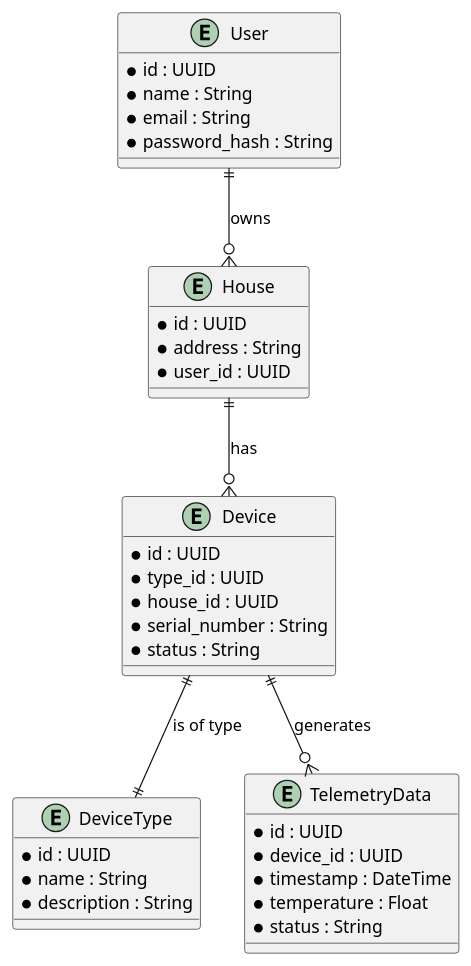
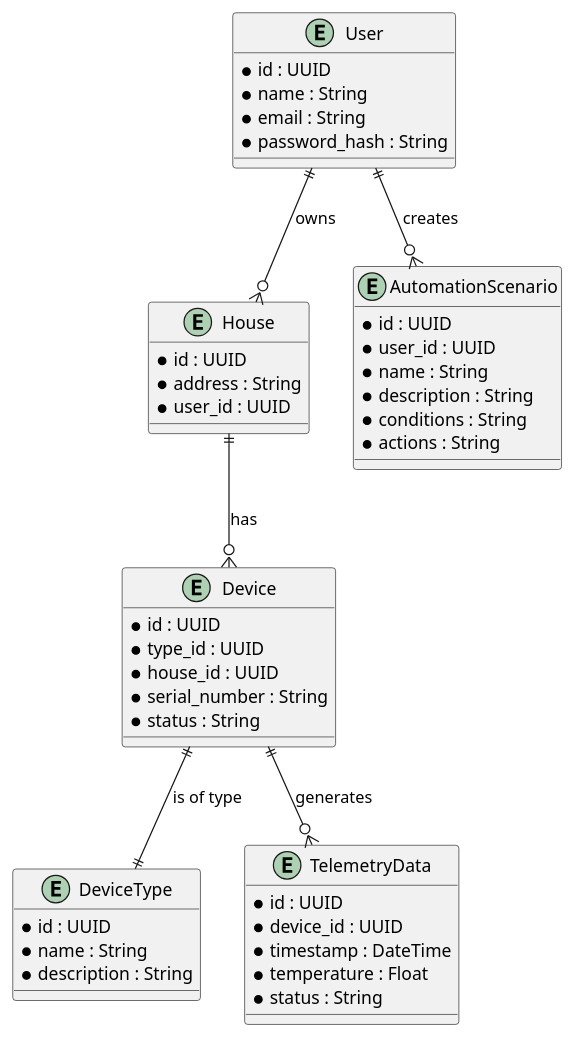
Before and after one commit to fireflysmk/architecture-sprint-3: the diagram in task-3_ER_diagram.puml, drawn with PlantUML. The commit also changed 3 other files, not shown here.

```diff
--- a/task-3_ER_diagram.puml
+++ b/task-3_ER_diagram.puml
@@ -1,42 +1,52 @@
 @startuml
 entity "User" {
     * id : UUID
     * name : String
     * email : String
     * password_hash : String
 }
 
 entity "House" {
     * id : UUID
     * address : String
     * user_id : UUID
 }
 
 entity "Device" {
     * id : UUID
     * type_id : UUID
     * house_id : UUID
     * serial_number : String
     * status : String
 }
 
 entity "DeviceType" {
     * id : UUID
     * name : String
     * description : String
 }
 
 entity "TelemetryData" {
     * id : UUID
     * device_id : UUID
     * timestamp : DateTime
     * temperature : Float
     * status : String
 }
 
+entity "AutomationScenario" {
+    * id : UUID
+    * user_id : UUID
+    * name : String
+    * description : String
+    * conditions : String
+    * actions : String
+}
+
 ' Relationships
 User ||--o{ House : "owns"
 House ||--o{ Device : "has"
 Device ||--|| DeviceType : "is of type"
 Device ||--o{ TelemetryData : "generates"
+User ||--o{ AutomationScenario : "creates"
 @enduml
```
